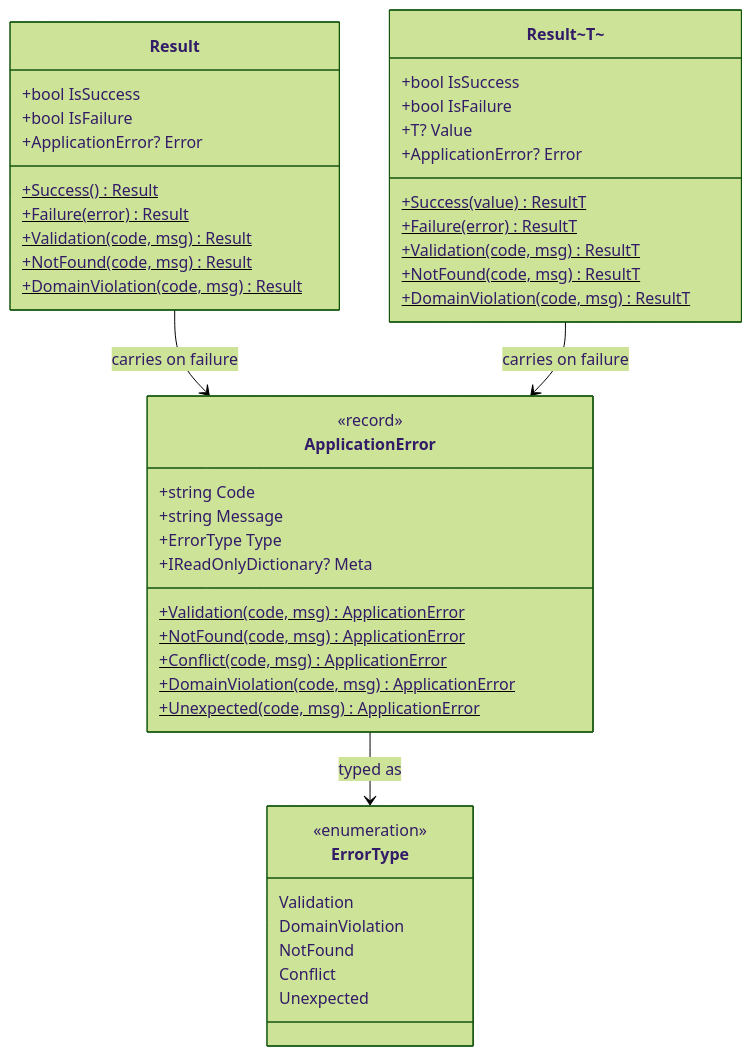
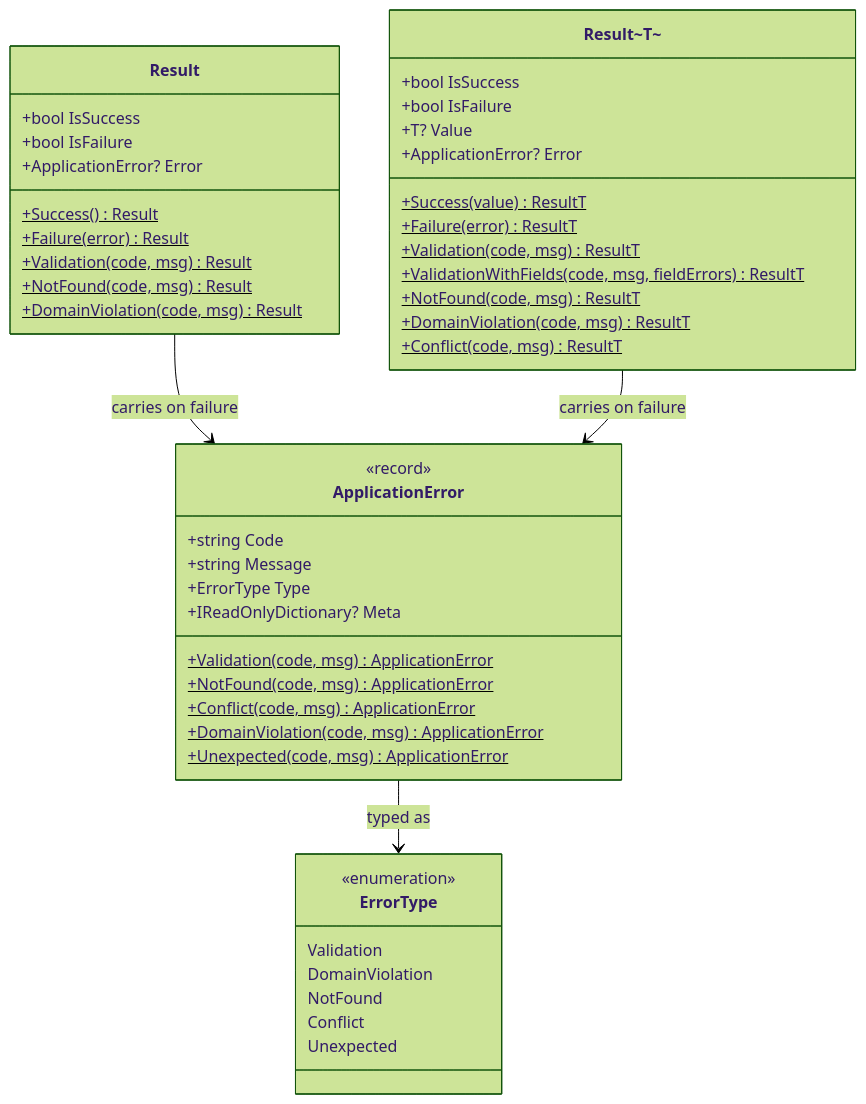
Before and after one commit to goldbarth/ServiceDeskLite: the diagram in docs/diagrams/result-error-type-model.mmd, drawn with Mermaid (forest theme). The commit also changed 25 other files, not shown here.

Commit message:
docs: sync documentation and diagrams with Milestone 3 (#122)

```diff
--- a/docs/diagrams/result-error-type-model.mmd
+++ b/docs/diagrams/result-error-type-model.mmd
@@ -1,46 +1,48 @@
 classDiagram
     class Result {
         +bool IsSuccess
         +bool IsFailure
         +ApplicationError? Error
         +Success()$ Result
         +Failure(error)$ Result
         +Validation(code, msg)$ Result
         +NotFound(code, msg)$ Result
         +DomainViolation(code, msg)$ Result
     }
     class ResultT["Result~T~"] {
         +bool IsSuccess
         +bool IsFailure
         +T? Value
         +ApplicationError? Error
         +Success(value)$ ResultT
         +Failure(error)$ ResultT
         +Validation(code, msg)$ ResultT
+        +ValidationWithFields(code, msg, fieldErrors)$ ResultT
         +NotFound(code, msg)$ ResultT
         +DomainViolation(code, msg)$ ResultT
+        +Conflict(code, msg)$ ResultT
     }
     class ApplicationError {
         <<record>>
         +string Code
         +string Message
         +ErrorType Type
         +IReadOnlyDictionary? Meta
         +Validation(code, msg)$ ApplicationError
         +NotFound(code, msg)$ ApplicationError
         +Conflict(code, msg)$ ApplicationError
         +DomainViolation(code, msg)$ ApplicationError
         +Unexpected(code, msg)$ ApplicationError
     }
     class ErrorType {
         <<enumeration>>
         Validation
         DomainViolation
         NotFound
         Conflict
         Unexpected
     }
 
     Result --> ApplicationError : carries on failure
     ResultT --> ApplicationError : carries on failure
     ApplicationError --> ErrorType : typed as
```
